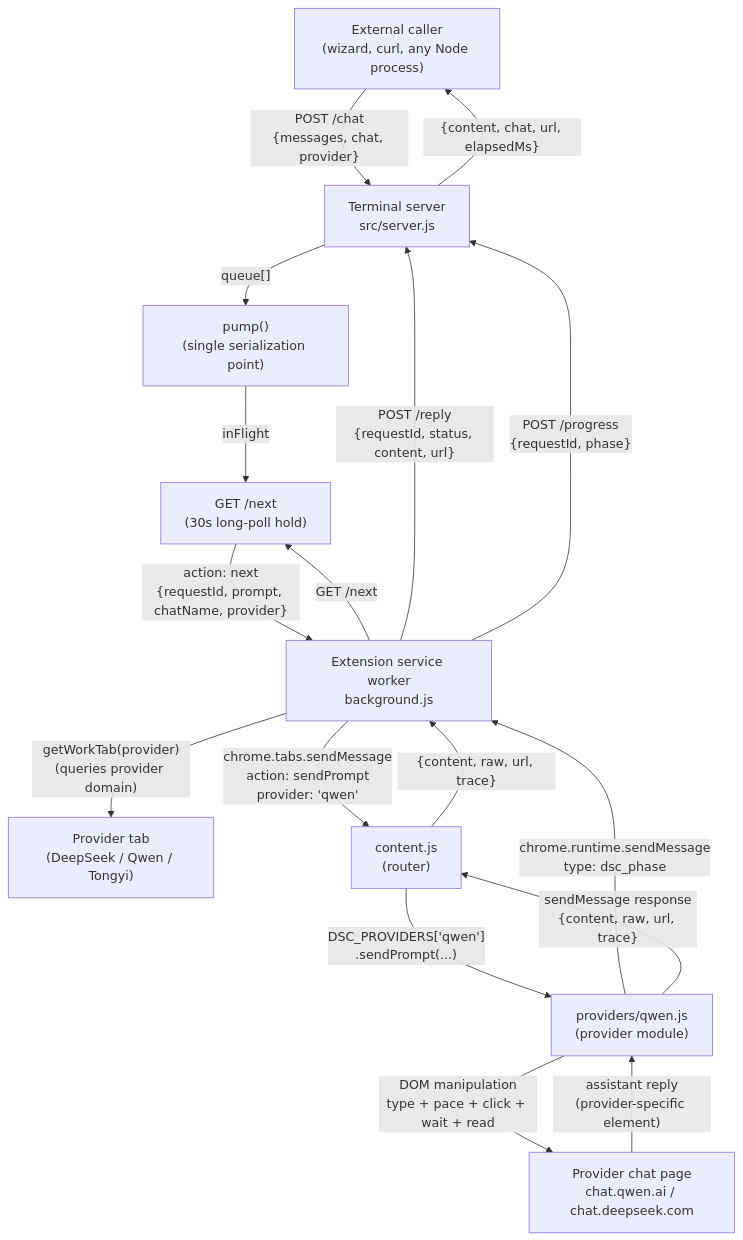
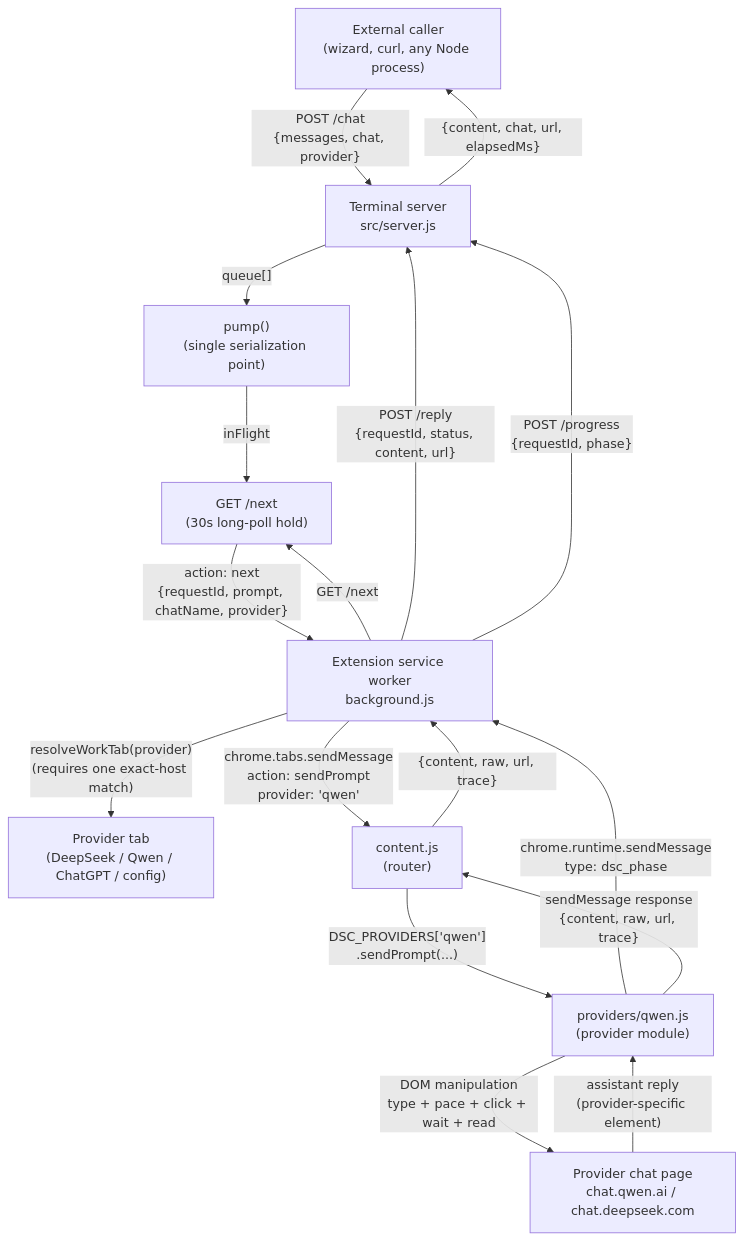
One commit to pulchowk-events/deepseek-connect changed the first of 2 diagrams in docs/architecture.md. Above: the diagram before and after it, drawn with Mermaid. The commit also changed other lines of this file and 19 other files, not shown here.

````diff
--- a/docs/architecture.md
+++ b/docs/architecture.md
@@ -30,26 +32,26 @@
 ```mermaid
 flowchart TD
     Caller["External caller<br/>(wizard, curl, any Node process)"]
     Caller -->|"POST /chat<br/>{messages, chat, provider}"| Srv["Terminal server<br/>src/server.js"]
 
     Srv -->|"queue[]"| Pump["pump()<br/>(single serialization point)"]
     Pump -->|"inFlight"| Wait["GET /next<br/>(30s long-poll hold)"]
 
     Ext["Extension service worker<br/>background.js"] -->|"GET /next"| Wait
     Wait -->|"action: next<br/>{requestId, prompt, chatName, provider}"| Ext
 
-    Ext -->|"getWorkTab(provider)<br/>(queries provider domain)"| Pinned["Provider tab<br/>(DeepSeek / Qwen / Tongyi)"]
+    Ext -->|"resolveWorkTab(provider)<br/>(requires one exact-host match)"| Pinned["Provider tab<br/>(DeepSeek / Qwen / ChatGPT / config)"]
 
     Ext -->|"chrome.tabs.sendMessage<br/>action: sendPrompt<br/>provider: 'qwen'"| Router["content.js<br/>(router)"]
     Router -->|"DSC_PROVIDERS['qwen']<br/>.sendPrompt(...)"| Prov["providers/qwen.js<br/>(provider module)"]
 
     Prov -->|"DOM manipulation<br/>type + pace + click + wait + read"| Page["Provider chat page<br/>chat.qwen.ai / chat.deepseek.com"]
 
     Page -->|"assistant reply<br/>(provider-specific element)"| Prov
     Prov -->|"chrome.runtime.sendMessage<br/>type: dsc_phase"| Ext
     Prov -->|"sendMessage response<br/>{content, raw, url, trace}"| Router
     Router -->|"{content, raw, url, trace}"| Ext
     Ext -->|"POST /reply<br/>{requestId, status, content, url}"| Srv
     Ext -->|"POST /progress<br/>{requestId, phase}"| Srv
     Srv -->|"{content, chat, url, elapsedMs}"| Caller
 ```
````
